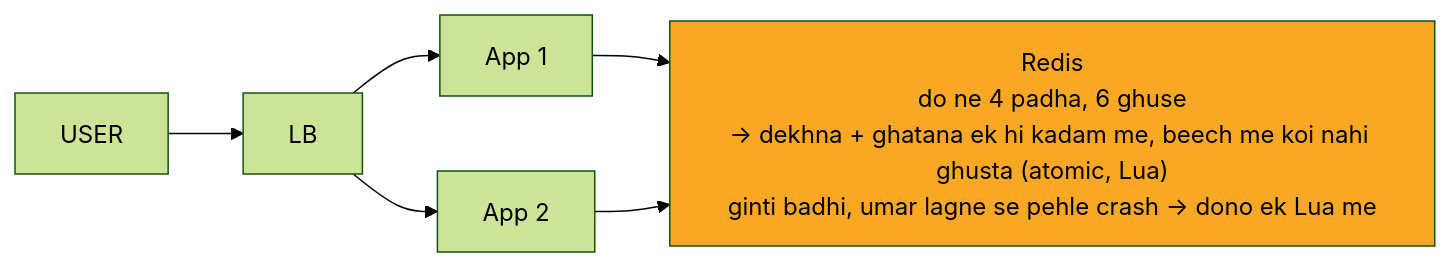
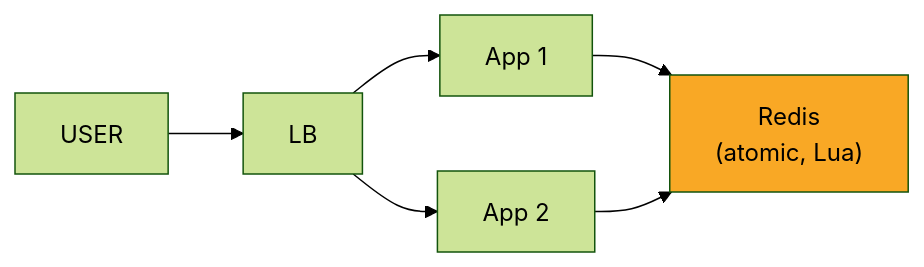
One commit to ArpanMaheshwari144/Prep changed the diagram in 04_HLD/SYSTEM_DESIGNS/02_rate_limiter/img/c2.mmd. Above: the diagram before and after it, drawn with Mermaid (forest theme). The commit also changed 28 other files, not shown here.

```diff
--- a/04_HLD/SYSTEM_DESIGNS/02_rate_limiter/img/c2.mmd
+++ b/04_HLD/SYSTEM_DESIGNS/02_rate_limiter/img/c2.mmd
@@ -1,13 +1,13 @@
 %%{init: {"flowchart": {"wrappingWidth": 450}}}%%
 flowchart LR
     n_USER["USER"]
     n_LB["LB"]
     n_App_x_N_1["App 1"]
     n_App_x_N_2["App 2"]
-    n_Redis["Redis<br/>do ne 4 padha, 6 ghuse<br/>-> dekhna + ghatana ek hi kadam me, beech me koi nahi ghusta (atomic, Lua)<br/>ginti badhi, umar lagne se pehle crash -> dono ek Lua me"]
+    n_Redis["Redis<br/>(atomic, Lua)"]
     n_USER --> n_LB
     n_LB --> n_App_x_N_1
     n_LB --> n_App_x_N_2
     n_App_x_N_1 --> n_Redis
     n_App_x_N_2 --> n_Redis
     style n_Redis fill:#f9a825,color:#000
```
